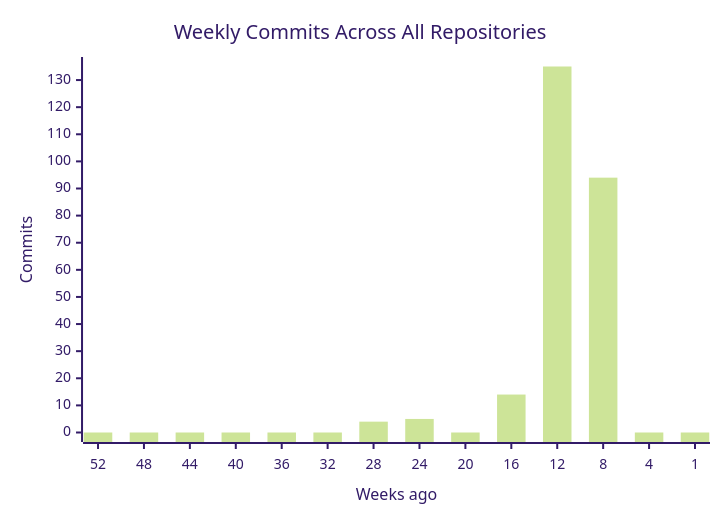
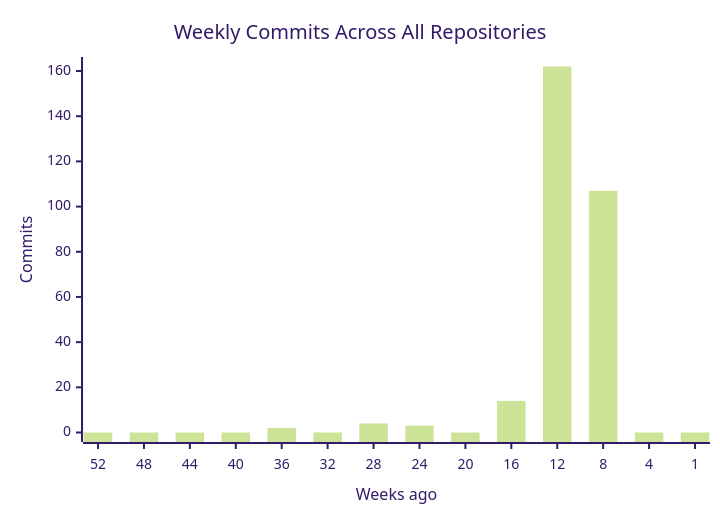
One commit to CSTH-Projects/.github changed the first of 4 diagrams in profile/README.md. Above: the diagram before and after it, drawn with Mermaid (forest theme). The commit also changed other lines of this file, not shown here.

````diff
--- a/profile/README.md
+++ b/profile/README.md
@@ -16,7 +16,7 @@
 ```mermaid
 xychart-beta
     title "Weekly Commits Across All Repositories"
     x-axis "Weeks ago" [52, 48, 44, 40, 36, 32, 28, 24, 20, 16, 12, 8, 4, 1]
     y-axis "Commits"
-    bar [0, 0, 0, 0, 0, 0, 4, 5, 0, 14, 135, 94, 0, 0]
+    bar [0, 0, 0, 0, 2, 0, 4, 3, 0, 14, 162, 107, 0, 0]
 ```
````
